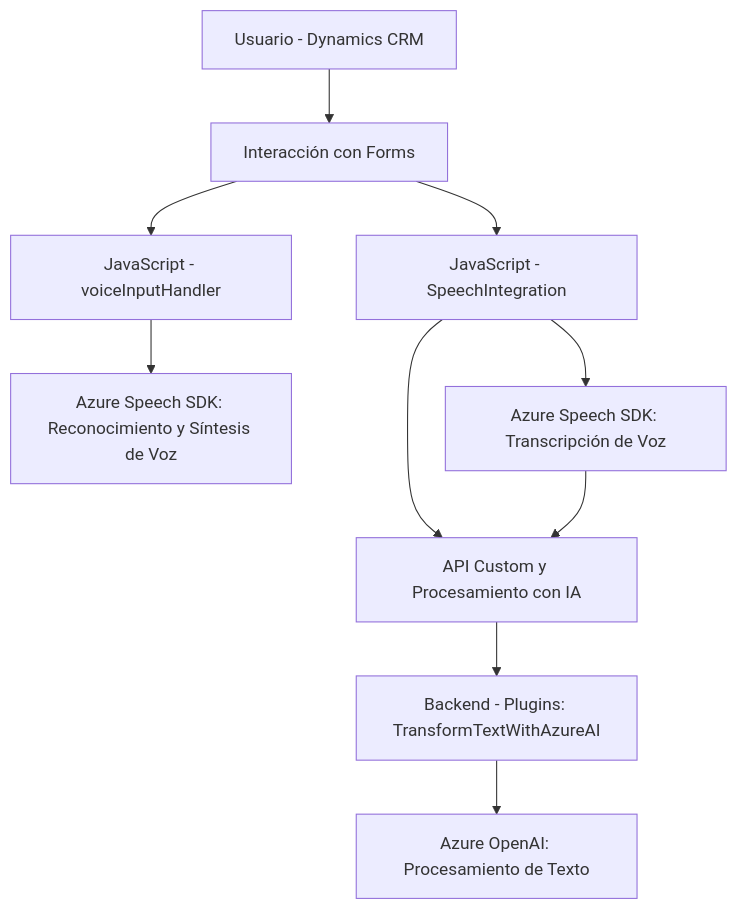
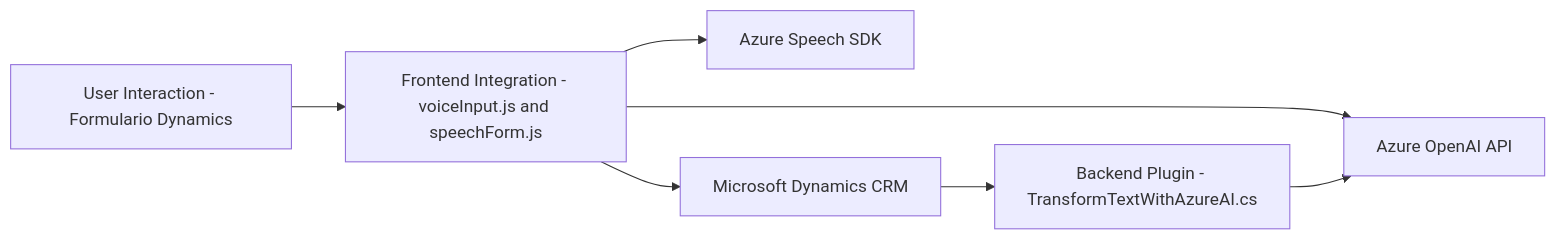
One commit to blopezdm/NETCORE_BILBAO2025 changed the diagram in README.md. Above: the diagram before and after it, drawn with Mermaid. The commit also changed other lines of this file, not shown here.

Commit message:
Actualizar análisis global de la solución con IA

````diff
--- a/README.md
+++ b/README.md
@@ -37,12 +59,16 @@
 ```mermaid
-graph TD
-    A["Usuario - Dynamics CRM"] --> B["Interacción con Forms"]
-    B --> C["JavaScript - voiceInputHandler"]
-    B --> D["JavaScript - SpeechIntegration"]
-    C --> E["Azure Speech SDK: Reconocimiento y Síntesis de Voz"]
-    D --> F["Azure Speech SDK: Transcripción de Voz"]
-    D --> G["API Custom y Procesamiento con IA"]
-    F --> G
-    G --> H["Backend - Plugins: TransformTextWithAzureAI"]
-    H --> I["Azure OpenAI: Procesamiento de Texto"]
+graph LR
+    A["User Interaction - Formulario Dynamics"]
+    B["Frontend Integration - voiceInput.js and speechForm.js"]
+    C["Azure Speech SDK"]
+    D["Azure OpenAI API"]
+    E["Backend Plugin - TransformTextWithAzureAI.cs"]
+    F["Microsoft Dynamics CRM"]
+
+    A --> B
+    B --> C
+    B --> D
+    B --> F
+    F --> E
+    E --> D
 ```
````
